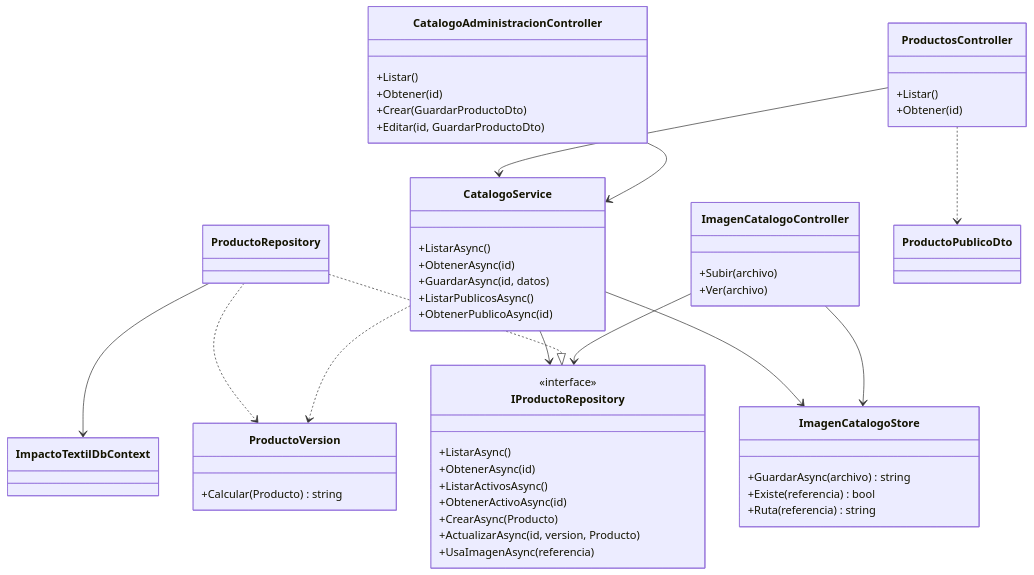
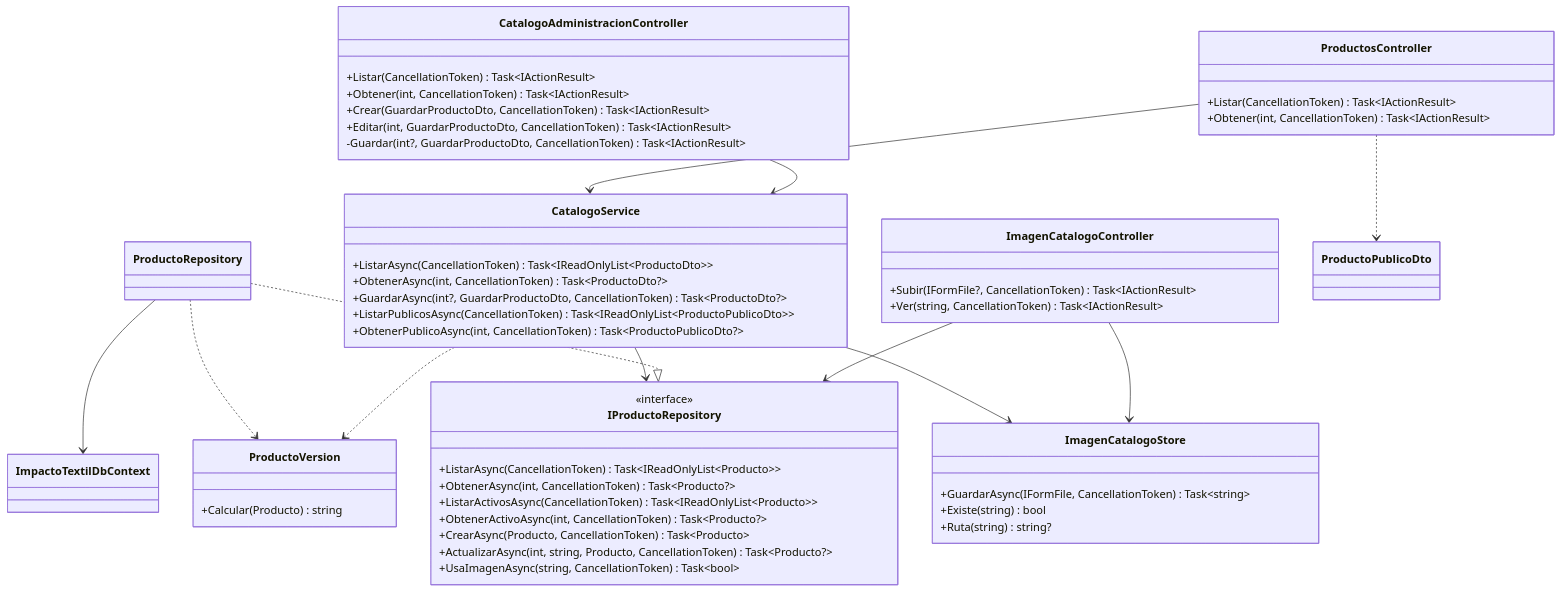
The diagram in docs/fase-3/diagramas/clases-catalogo.mmd (yirardyalbertoquintero-sys/Proyecto_fase_1_ing_software), drawn with Mermaid before and after one commit. The commit also changed 20 other files, not shown here.

```diff
--- a/docs/fase-3/diagramas/clases-catalogo.mmd
+++ b/docs/fase-3/diagramas/clases-catalogo.mmd
@@ -1,52 +1,53 @@
 classDiagram
     class CatalogoAdministracionController {
-        +Listar()
-        +Obtener(id)
-        +Crear(GuardarProductoDto)
-        +Editar(id, GuardarProductoDto)
+        +Listar(CancellationToken) Task~IActionResult~
+        +Obtener(int, CancellationToken) Task~IActionResult~
+        +Crear(GuardarProductoDto, CancellationToken) Task~IActionResult~
+        +Editar(int, GuardarProductoDto, CancellationToken) Task~IActionResult~
+        -Guardar(int?, GuardarProductoDto, CancellationToken) Task~IActionResult~
     }
     class CatalogoService {
-        +ListarAsync()
-        +ObtenerAsync(id)
-        +GuardarAsync(id, datos)
-        +ListarPublicosAsync()
-        +ObtenerPublicoAsync(id)
+        +ListarAsync(CancellationToken) Task~IReadOnlyList~ProductoDto~~
+        +ObtenerAsync(int, CancellationToken) Task~ProductoDto?~
+        +GuardarAsync(int?, GuardarProductoDto, CancellationToken) Task~ProductoDto?~
+        +ListarPublicosAsync(CancellationToken) Task~IReadOnlyList~ProductoPublicoDto~~
+        +ObtenerPublicoAsync(int, CancellationToken) Task~ProductoPublicoDto?~
     }
     class IProductoRepository {
         <<interface>>
-        +ListarAsync()
-        +ObtenerAsync(id)
-        +ListarActivosAsync()
-        +ObtenerActivoAsync(id)
-        +CrearAsync(Producto)
-        +ActualizarAsync(id, version, Producto)
-        +UsaImagenAsync(referencia)
+        +ListarAsync(CancellationToken) Task~IReadOnlyList~Producto~~
+        +ObtenerAsync(int, CancellationToken) Task~Producto?~
+        +ListarActivosAsync(CancellationToken) Task~IReadOnlyList~Producto~~
+        +ObtenerActivoAsync(int, CancellationToken) Task~Producto?~
+        +CrearAsync(Producto, CancellationToken) Task~Producto~
+        +ActualizarAsync(int, string, Producto, CancellationToken) Task~Producto?~
+        +UsaImagenAsync(string, CancellationToken) Task~bool~
     }
     class ProductoRepository
     class ProductoVersion {
         +Calcular(Producto) string
     }
     class ImagenCatalogoController {
-        +Subir(archivo)
-        +Ver(archivo)
+        +Subir(IFormFile?, CancellationToken) Task~IActionResult~
+        +Ver(string, CancellationToken) Task~IActionResult~
     }
     class ImagenCatalogoStore {
-        +GuardarAsync(archivo) string
-        +Existe(referencia) bool
-        +Ruta(referencia) string
+        +GuardarAsync(IFormFile, CancellationToken) Task~string~
+        +Existe(string) bool
+        +Ruta(string) string?
     }
     class ProductosController {
-        +Listar()
-        +Obtener(id)
+        +Listar(CancellationToken) Task~IActionResult~
+        +Obtener(int, CancellationToken) Task~IActionResult~
     }
     ProductosController --> CatalogoService
     ProductosController ..> ProductoPublicoDto
     CatalogoAdministracionController --> CatalogoService
     CatalogoService --> IProductoRepository
     ProductoRepository ..|> IProductoRepository
     ProductoRepository --> ImpactoTextilDbContext
     ProductoRepository ..> ProductoVersion
     CatalogoService ..> ProductoVersion
     CatalogoService --> ImagenCatalogoStore
     ImagenCatalogoController --> ImagenCatalogoStore
     ImagenCatalogoController --> IProductoRepository
```
